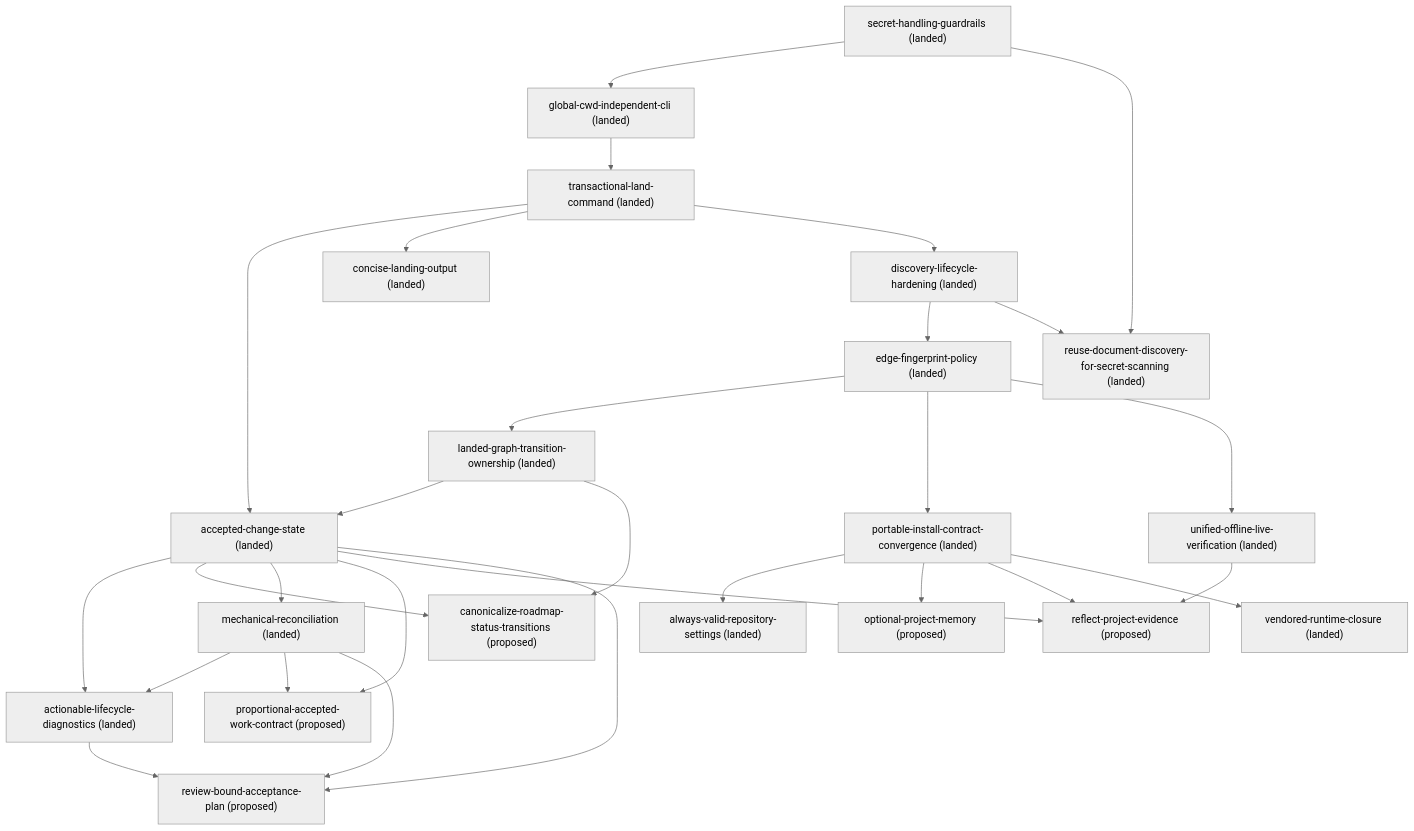
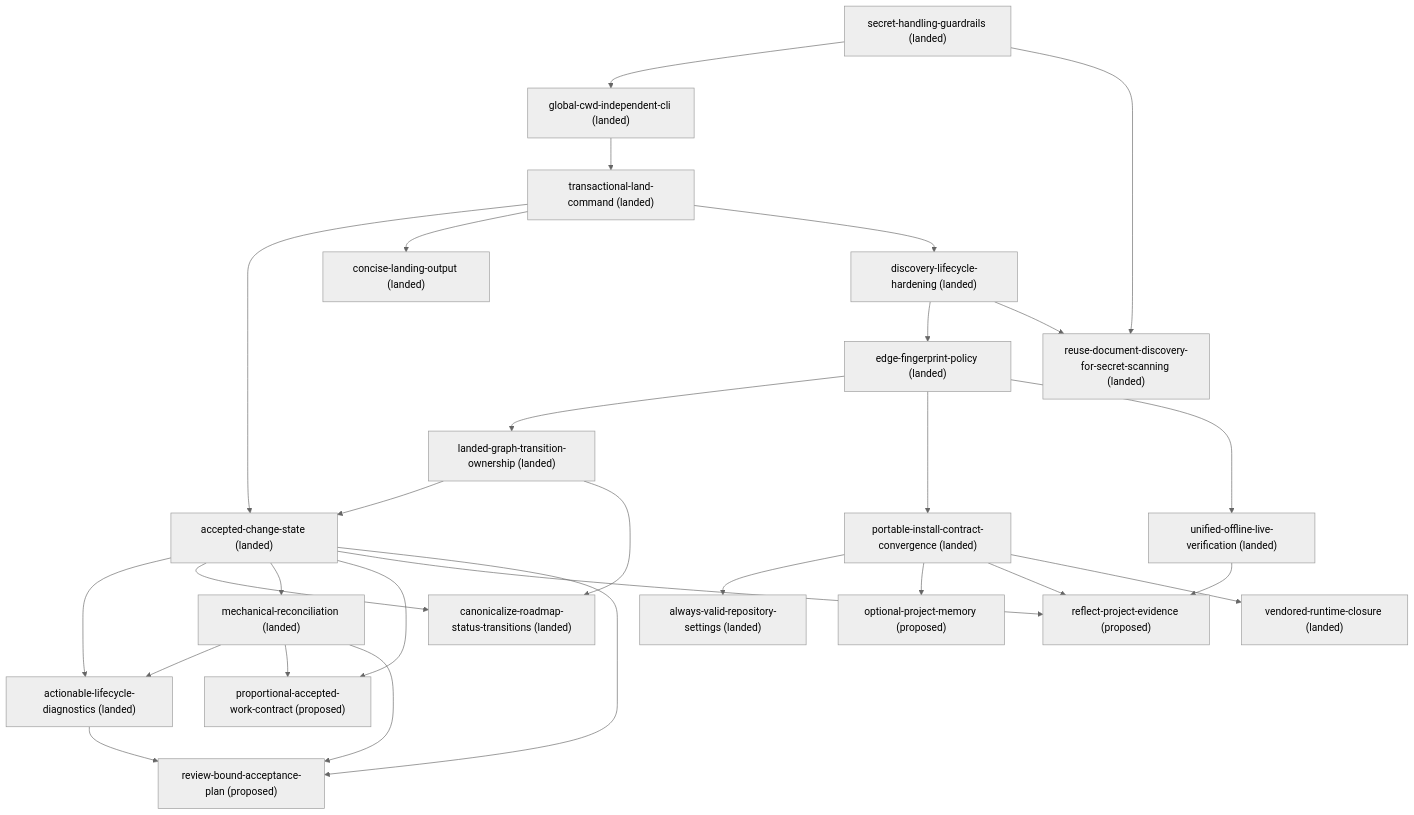
Before and after one commit to kli66/doc-contract: the diagram in docs/roadmap.md, drawn with Mermaid (neutral theme). The commit also changed other lines of this file and 5 other files, not shown here.

First line of the commit message:
fix(resolver): canonicalize roadmap status

````diff
--- a/docs/roadmap.md
+++ b/docs/roadmap.md
@@ -54,51 +54,51 @@
 ```mermaid
 flowchart TD
     accepted_change_state["accepted-change-state (landed)"]
     actionable_lifecycle_diagnostics["actionable-lifecycle-diagnostics (landed)"]
     always_valid_repository_settings["always-valid-repository-settings (landed)"]
-    canonicalize_roadmap_status_transitions["canonicalize-roadmap-status-transitions (proposed)"]
+    canonicalize_roadmap_status_transitions["canonicalize-roadmap-status-transitions (landed)"]
     concise_landing_output["concise-landing-output (landed)"]
     discovery_lifecycle_hardening["discovery-lifecycle-hardening (landed)"]
     edge_fingerprint_policy["edge-fingerprint-policy (landed)"]
     global_cwd_independent_cli["global-cwd-independent-cli (landed)"]
     landed_graph_transition_ownership["landed-graph-transition-ownership (landed)"]
     mechanical_reconciliation["mechanical-reconciliation (landed)"]
     optional_project_memory["optional-project-memory (proposed)"]
     portable_install_contract_convergence["portable-install-contract-convergence (landed)"]
     proportional_accepted_work_contract["proportional-accepted-work-contract (proposed)"]
     reflect_project_evidence["reflect-project-evidence (proposed)"]
     reuse_document_discovery_for_secret_scanning["reuse-document-discovery-for-secret-scanning (landed)"]
     review_bound_acceptance_plan["review-bound-acceptance-plan (proposed)"]
     secret_handling_guardrails["secret-handling-guardrails (landed)"]
     transactional_land_command["transactional-land-command (landed)"]
     unified_offline_live_verification["unified-offline-live-verification (landed)"]
     vendored_runtime_closure["vendored-runtime-closure (landed)"]
     accepted_change_state --> actionable_lifecycle_diagnostics
     accepted_change_state --> canonicalize_roadmap_status_transitions
     accepted_change_state --> mechanical_reconciliation
     accepted_change_state --> proportional_accepted_work_contract
     accepted_change_state --> reflect_project_evidence
     accepted_change_state --> review_bound_acceptance_plan
     actionable_lifecycle_diagnostics --> review_bound_acceptance_plan
     discovery_lifecycle_hardening --> edge_fingerprint_policy
     discovery_lifecycle_hardening --> reuse_document_discovery_for_secret_scanning
     edge_fingerprint_policy --> landed_graph_transition_ownership
     edge_fingerprint_policy --> portable_install_contract_convergence
     edge_fingerprint_policy --> unified_offline_live_verification
     global_cwd_independent_cli --> transactional_land_command
     landed_graph_transition_ownership --> accepted_change_state
     landed_graph_transition_ownership --> canonicalize_roadmap_status_transitions
     mechanical_reconciliation --> actionable_lifecycle_diagnostics
     mechanical_reconciliation --> proportional_accepted_work_contract
     mechanical_reconciliation --> review_bound_acceptance_plan
     portable_install_contract_convergence --> always_valid_repository_settings
     portable_install_contract_convergence --> optional_project_memory
     portable_install_contract_convergence --> reflect_project_evidence
     portable_install_contract_convergence --> vendored_runtime_closure
     secret_handling_guardrails --> global_cwd_independent_cli
     secret_handling_guardrails --> reuse_document_discovery_for_secret_scanning
     transactional_land_command --> accepted_change_state
     transactional_land_command --> concise_landing_output
     transactional_land_command --> discovery_lifecycle_hardening
     unified_offline_live_verification --> reflect_project_evidence
 ```
````
